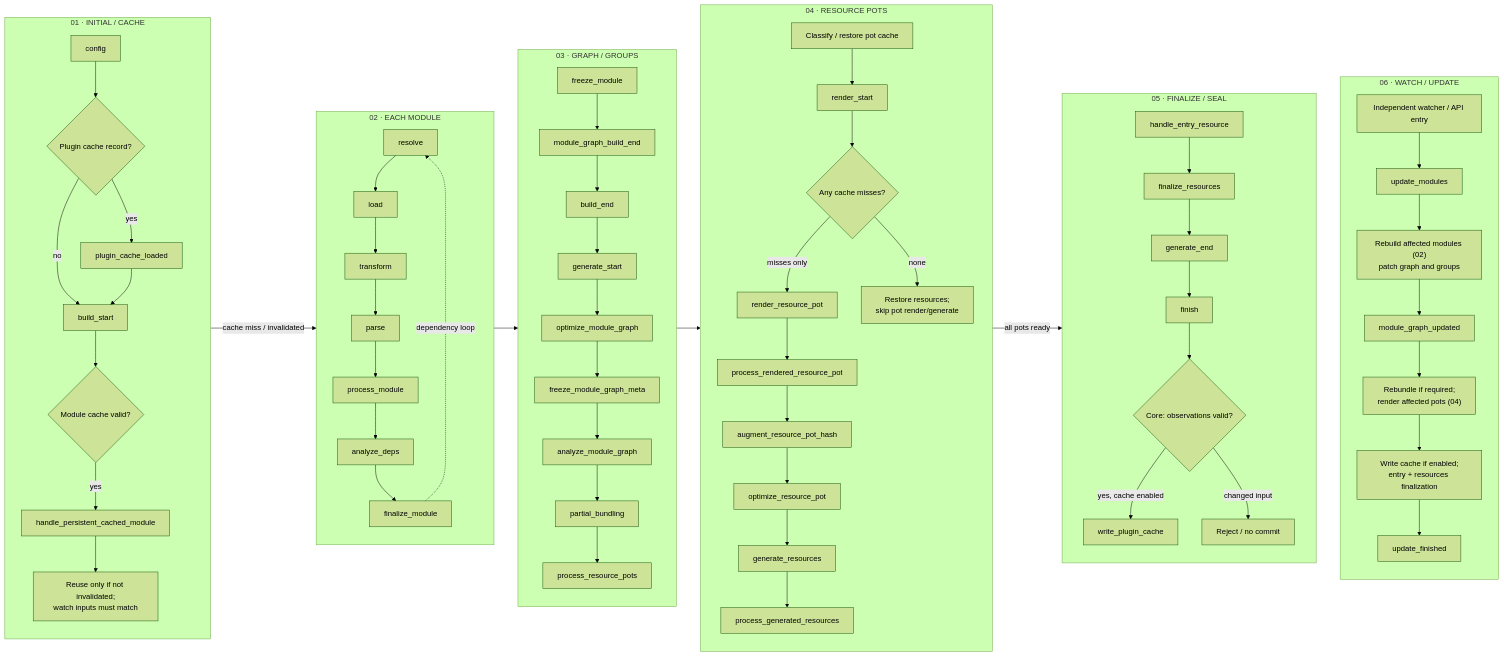
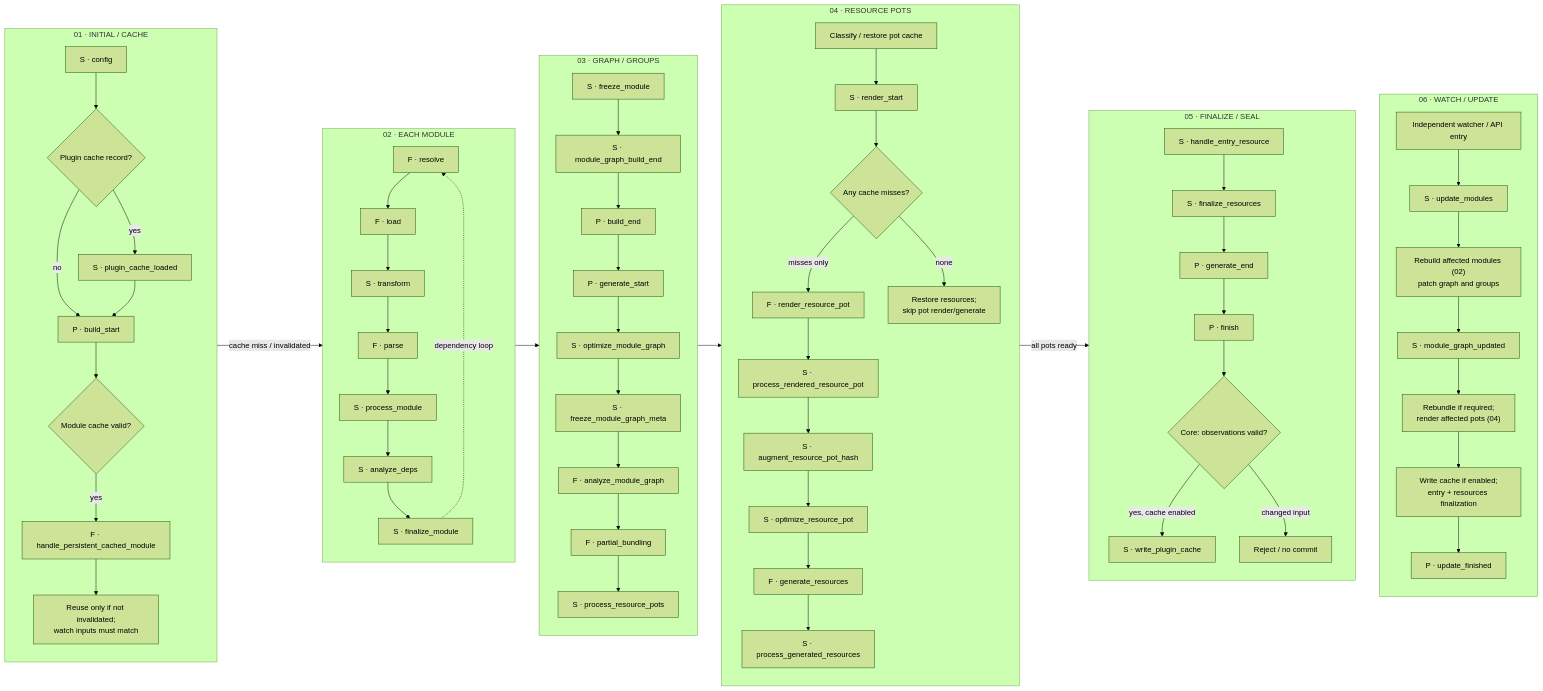
Before and after one commit to farm-fe/farm: the diagram in website/static/diagrams/rust-plugin-overview.mmd, drawn with Mermaid (forest theme). The commit also changed 21 other files, not shown here.

```diff
--- a/website/static/diagrams/rust-plugin-overview.mmd
+++ b/website/static/diagrams/rust-plugin-overview.mmd
@@ -1,56 +1,56 @@
 flowchart LR
   accTitle: Complete plugin lifecycle — 35 hooks
   accDescr: Columns group initial compilation, per-module work, resource graph and resource-pot rendering, finalization, and independent updates. Cache gates conditionally skip module or pot work. Update is an independent API or watcher entry, never an unconditional successor of finish. Expand phase details for full cache branches and loops.
   subgraph A["01 · INITIAL / CACHE"]
     direction TB
-    config[config]:::serial --> PC{"Plugin cache record?"}:::gate
-    PC -->|yes| plugin_cache_loaded[plugin_cache_loaded]:::serial
-    PC -->|no| build_start[build_start]:::parallel
+    config["S · config"]:::serial --> PC{"Plugin cache record?"}:::gate
+    PC -->|yes| plugin_cache_loaded["S · plugin_cache_loaded"]:::serial
+    PC -->|no| build_start["P · build_start"]:::parallel
     plugin_cache_loaded --> build_start
     build_start --> MC{"Module cache valid?"}:::gate
-    MC -->|yes| handle_persistent_cached_module[handle_persistent_cached_module]:::first
+    MC -->|yes| handle_persistent_cached_module["F · handle_persistent_cached_module"]:::first
     handle_persistent_cached_module --> Check["Reuse only if not invalidated;<br/>watch inputs must match"]:::reuse
   end
   subgraph B["02 · EACH MODULE"]
     direction TB
-    resolve[resolve]:::first --> load[load]:::first --> transform[transform]:::serial --> parse[parse]:::first
-    parse --> process_module[process_module]:::serial --> analyze_deps[analyze_deps]:::serial --> finalize_module[finalize_module]:::serial
+    resolve["F · resolve"]:::first --> load["F · load"]:::first --> transform["S · transform"]:::serial --> parse["F · parse"]:::first
+    parse --> process_module["S · process_module"]:::serial --> analyze_deps["S · analyze_deps"]:::serial --> finalize_module["S · finalize_module"]:::serial
     finalize_module -. dependency loop .-> resolve
   end
   subgraph C["03 · GRAPH / GROUPS"]
     direction TB
-    freeze_module[freeze_module]:::serial --> module_graph_build_end[module_graph_build_end]:::serial --> build_end[build_end]:::parallel
-    build_end --> generate_start[generate_start]:::parallel --> optimize_module_graph[optimize_module_graph]:::serial
-    optimize_module_graph --> freeze_module_graph_meta[freeze_module_graph_meta]:::serial --> analyze_module_graph[analyze_module_graph]:::first
-    analyze_module_graph --> partial_bundling[partial_bundling]:::first --> process_resource_pots[process_resource_pots]:::serial
+    freeze_module["S · freeze_module"]:::serial --> module_graph_build_end["S · module_graph_build_end"]:::serial --> build_end["P · build_end"]:::parallel
+    build_end --> generate_start["P · generate_start"]:::parallel --> optimize_module_graph["S · optimize_module_graph"]:::serial
+    optimize_module_graph --> freeze_module_graph_meta["S · freeze_module_graph_meta"]:::serial --> analyze_module_graph["F · analyze_module_graph"]:::first
+    analyze_module_graph --> partial_bundling["F · partial_bundling"]:::first --> process_resource_pots["S · process_resource_pots"]:::serial
   end
   subgraph D["04 · RESOURCE POTS"]
     direction TB
-    Classify["Classify / restore pot cache"]:::core --> render_start[render_start]:::serial --> RC{"Any cache misses?"}:::gate
-    RC -->|misses only| render_resource_pot[render_resource_pot]:::first
-    render_resource_pot --> process_rendered_resource_pot[process_rendered_resource_pot]:::serial
-    process_rendered_resource_pot --> augment_resource_pot_hash[augment_resource_pot_hash]:::serial
-    augment_resource_pot_hash --> optimize_resource_pot[optimize_resource_pot]:::serial
-    optimize_resource_pot --> generate_resources[generate_resources]:::first --> process_generated_resources[process_generated_resources]:::serial
+    Classify["Classify / restore pot cache"]:::core --> render_start["S · render_start"]:::serial --> RC{"Any cache misses?"}:::gate
+    RC -->|misses only| render_resource_pot["F · render_resource_pot"]:::first
+    render_resource_pot --> process_rendered_resource_pot["S · process_rendered_resource_pot"]:::serial
+    process_rendered_resource_pot --> augment_resource_pot_hash["S · augment_resource_pot_hash"]:::serial
+    augment_resource_pot_hash --> optimize_resource_pot["S · optimize_resource_pot"]:::serial
+    optimize_resource_pot --> generate_resources["F · generate_resources"]:::first --> process_generated_resources["S · process_generated_resources"]:::serial
     RC -->|none| Reuse["Restore resources;<br/>skip pot render/generate"]:::reuse
   end
   subgraph E["05 · FINALIZE / SEAL"]
     direction TB
-    handle_entry_resource[handle_entry_resource]:::serial --> finalize_resources[finalize_resources]:::serial
-    finalize_resources --> generate_end[generate_end]:::parallel --> finish[finish]:::parallel
+    handle_entry_resource["S · handle_entry_resource"]:::serial --> finalize_resources["S · finalize_resources"]:::serial
+    finalize_resources --> generate_end["P · generate_end"]:::parallel --> finish["P · finish"]:::parallel
     finish --> Seal{"Core: observations valid?"}:::gate
-    Seal -->|yes, cache enabled| write_plugin_cache[write_plugin_cache]:::serial
+    Seal -->|yes, cache enabled| write_plugin_cache["S · write_plugin_cache"]:::serial
     Seal -->|changed input| Fail["Reject / no commit"]:::core
   end
   subgraph F["06 · WATCH / UPDATE"]
     direction TB
-    Event["Independent watcher / API entry"]:::core --> update_modules[update_modules]:::serial
+    Event["Independent watcher / API entry"]:::core --> update_modules["S · update_modules"]:::serial
     update_modules --> Rebuild["Rebuild affected modules (02)<br/>patch graph and groups"]:::core
-    Rebuild --> module_graph_updated[module_graph_updated]:::serial
+    Rebuild --> module_graph_updated["S · module_graph_updated"]:::serial
     module_graph_updated --> Affected["Rebundle if required;<br/>render affected pots (04)"]:::core
     Affected --> Updated["Write cache if enabled;<br/>entry + resources finalization"]:::core
-    Updated --> update_finished[update_finished]:::parallel
+    Updated --> update_finished["P · update_finished"]:::parallel
   end
   A -->|cache miss / invalidated| B --> C --> D -->|all pots ready| E
 
   E ~~~ F
```
